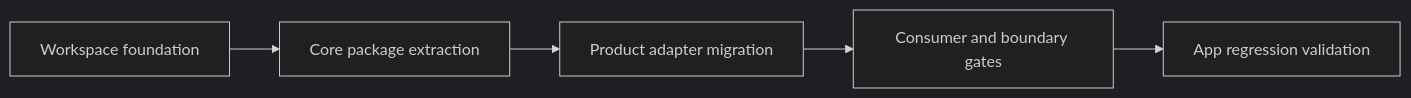
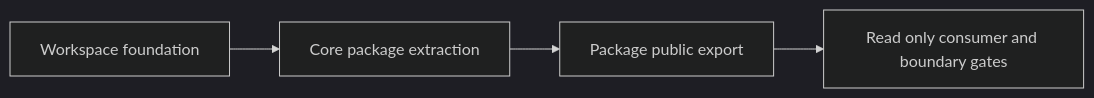
The fifth of 5 diagrams in .kiro/specs/typed-messages-core/design.md (Huruikagi/pc-build-planner), drawn with Mermaid (dark theme) before and after one commit. The commit also changed other lines of this file and 85 other files, not shown here.

````diff
--- a/.kiro/specs/typed-messages-core/design.md
+++ b/.kiro/specs/typed-messages-core/design.md
@@ -558,7 +518,6 @@
 ```mermaid
 flowchart LR
     Workspace[Workspace foundation] --> Core[Core package extraction]
-    Core --> Adapter[Product adapter migration]
-    Adapter --> Gates[Consumer and boundary gates]
-    Gates --> Regression[App regression validation]
+    Core --> Public[Package public export]
+    Public --> Gates[Read only consumer and boundary gates]
 ```
````
